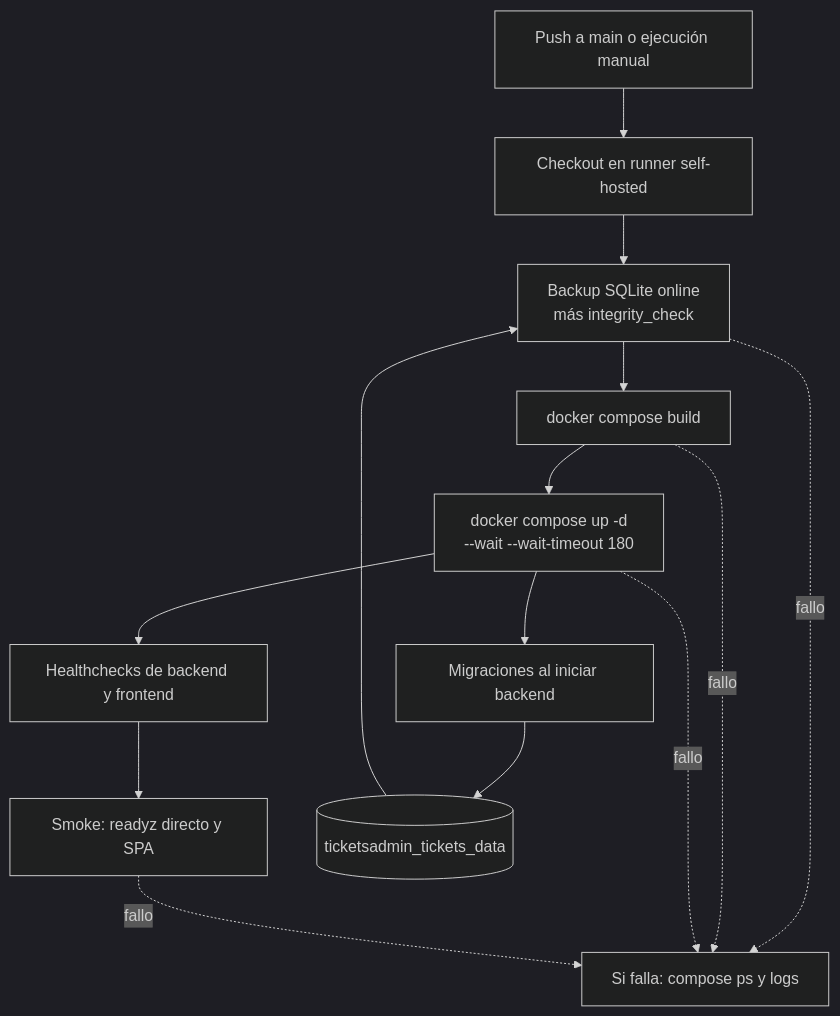
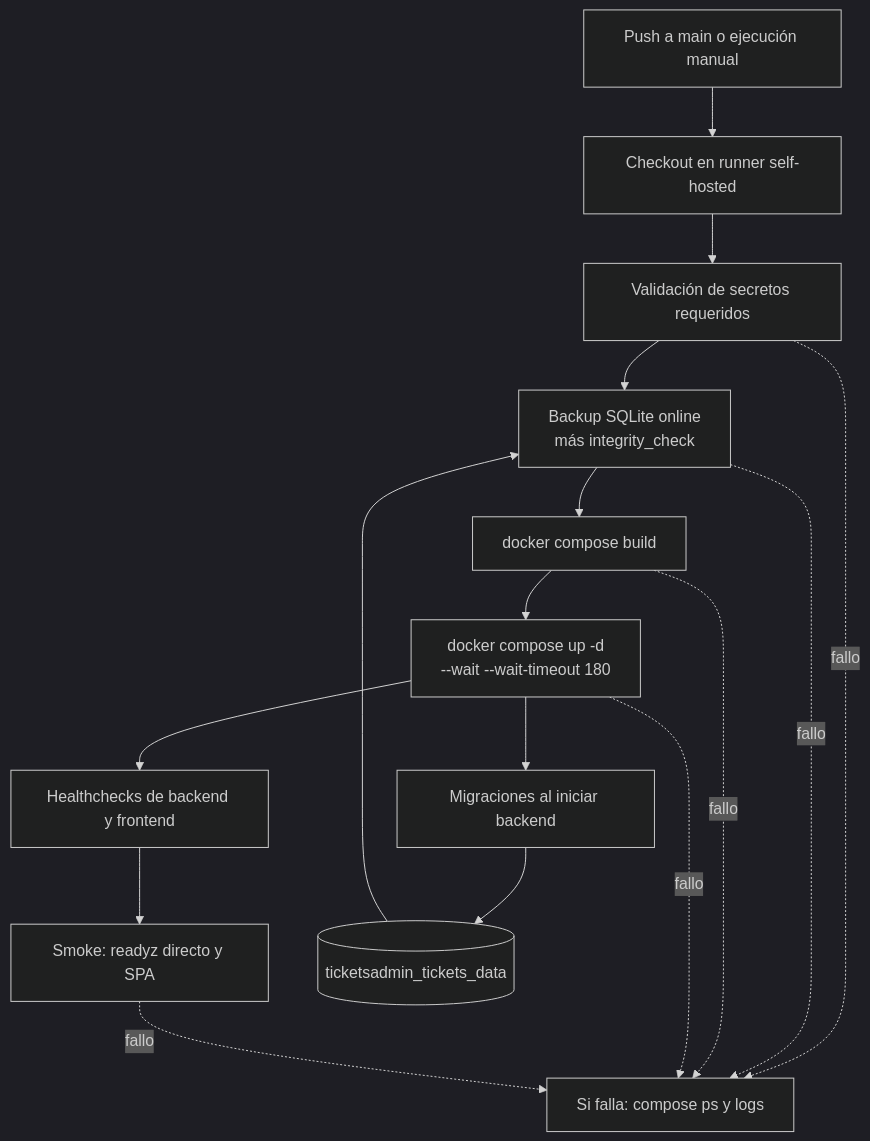
The diagram in docs/DEPLOY.md (marianoLaclau/ticketsAdmin), drawn with Mermaid (dark theme) before and after one commit. The commit also changed other lines of this file and 6 other files, not shown here.

````diff
--- a/docs/DEPLOY.md
+++ b/docs/DEPLOY.md
@@ -9,22 +9,24 @@
 ```mermaid
 flowchart TD
     trigger[Push a main o ejecución manual]
     checkout[Checkout en runner self-hosted]
+    secrets[Validación de secretos requeridos]
     backup[Backup SQLite online<br/>más integrity_check]
     build[docker compose build]
     deploy[docker compose up -d<br/>--wait --wait-timeout 180]
     migrate[Migraciones al iniciar backend]
     health[Healthchecks de backend y frontend]
     smoke[Smoke: readyz directo y SPA]
     diagnostics[Si falla: compose ps y logs]
     volume[(ticketsadmin_tickets_data)]
 
-    trigger --> checkout --> backup --> build --> deploy
+    trigger --> checkout --> secrets --> backup --> build --> deploy
     volume --> backup
     deploy --> migrate --> volume
     deploy --> health --> smoke
+    secrets -. fallo .-> diagnostics
     backup -. fallo .-> diagnostics
     build -. fallo .-> diagnostics
     deploy -. fallo .-> diagnostics
     smoke -. fallo .-> diagnostics
 ```
````
